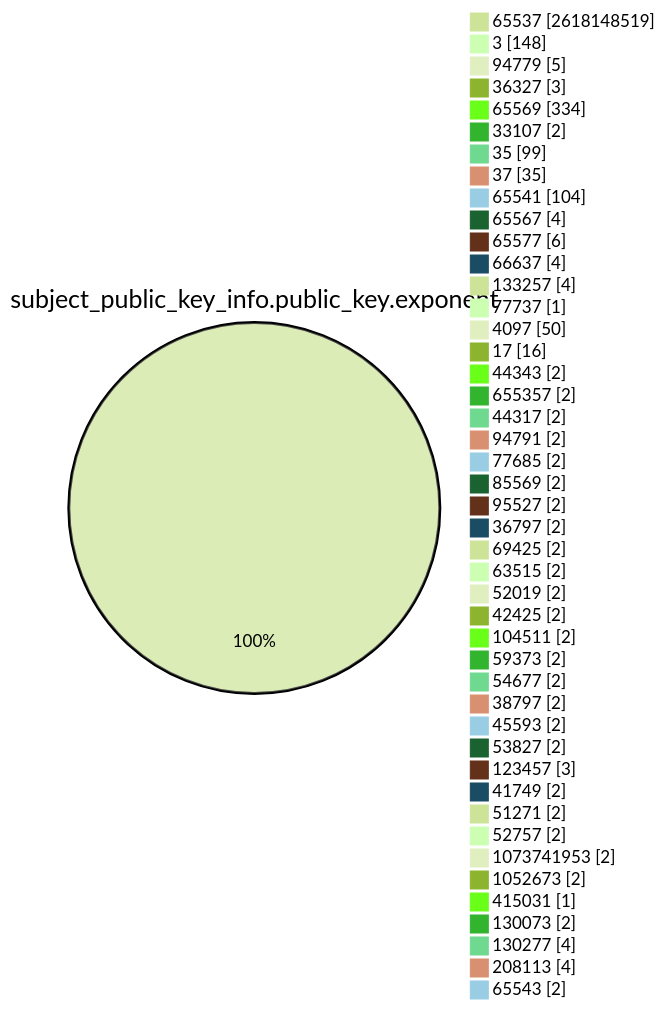
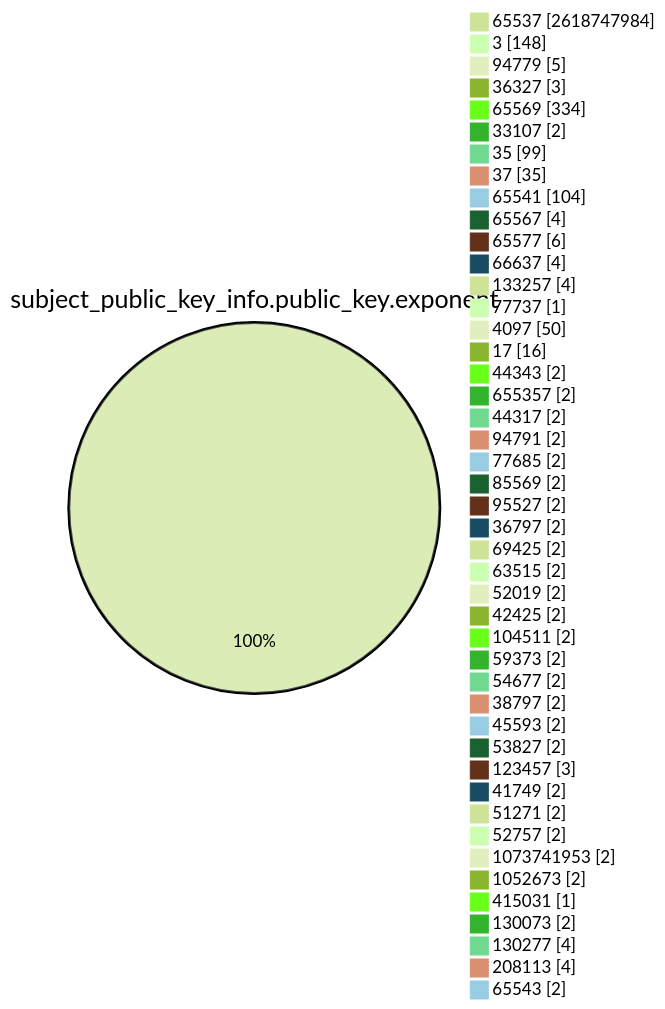
One commit to christiankrug/ctmonitor_visualization changed the fourth of 15 diagrams in TOTAL/README.md. Above: the diagram before and after it, drawn with Mermaid (forest theme). The commit also changed other lines of this file, not shown here.

````diff
--- a/TOTAL/README.md
+++ b/TOTAL/README.md
@@ -1466,49 +1466,49 @@
 ```mermaid
 pie showData
 title subject_public_key_info.public_key.exponent
-"65537" :2618148519
+"65537" :2618747984
 "3" :148
 "94779" :5
 "36327" :3
 "65569" :334
 "33107" :2
 "35" :99
 "37" :35
 "65541" :104
 "65567" :4
 "65577" :6
 "66637" :4
 "133257" :4
 "77737" :1
 "4097" :50
 "17" :16
 "44343" :2
 "655357" :2
 "44317" :2
 "94791" :2
 "77685" :2
 "85569" :2
 "95527" :2
 "36797" :2
 "69425" :2
 "63515" :2
 "52019" :2
 "42425" :2
 "104511" :2
 "59373" :2
 "54677" :2
 "38797" :2
 "45593" :2
 "53827" :2
 "123457" :3
 "41749" :2
 "51271" :2
 "52757" :2
 "1073741953" :2
 "1052673" :2
 "415031" :1
 "130073" :2
 "130277" :4
 "208113" :4
 "65543" :2
 ```
````
